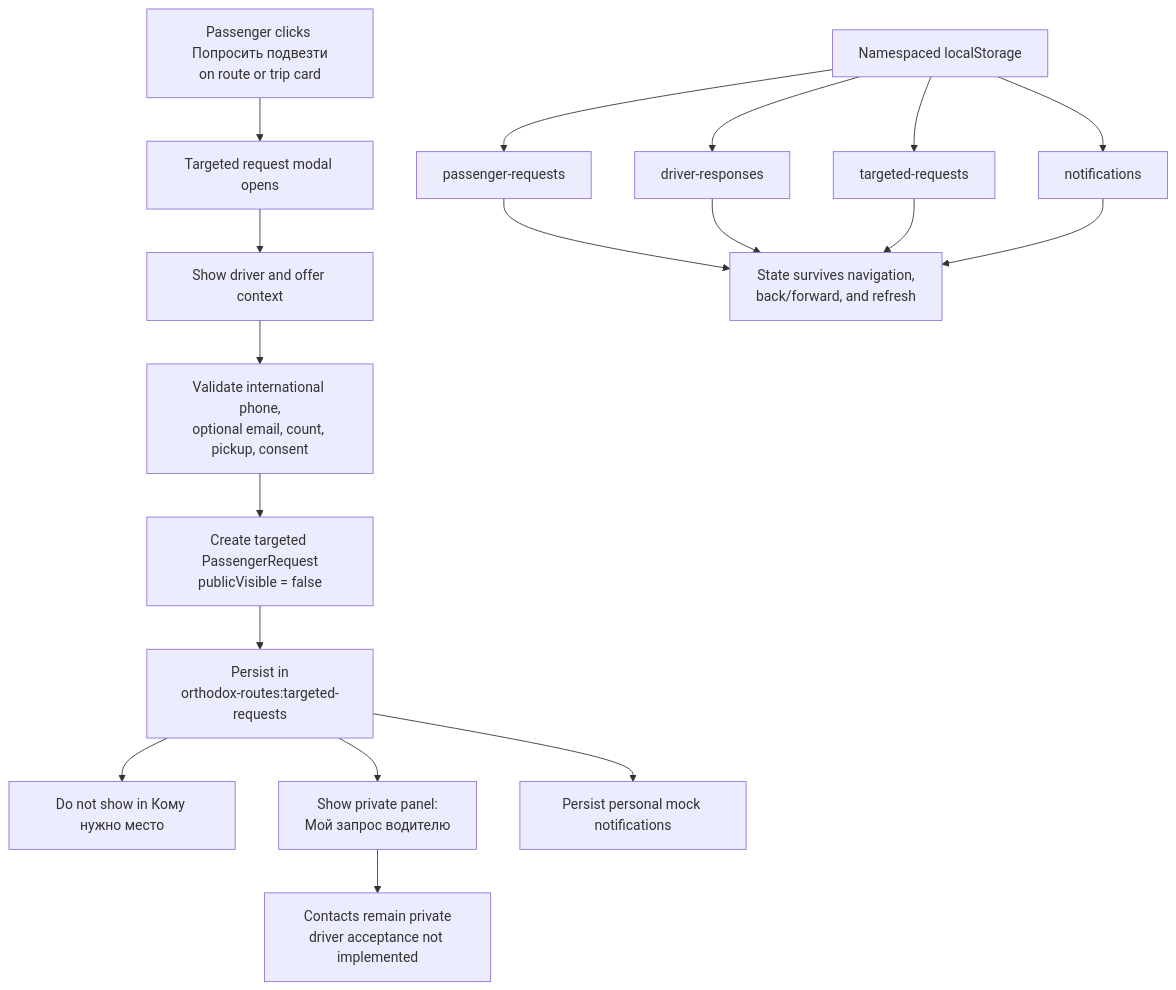
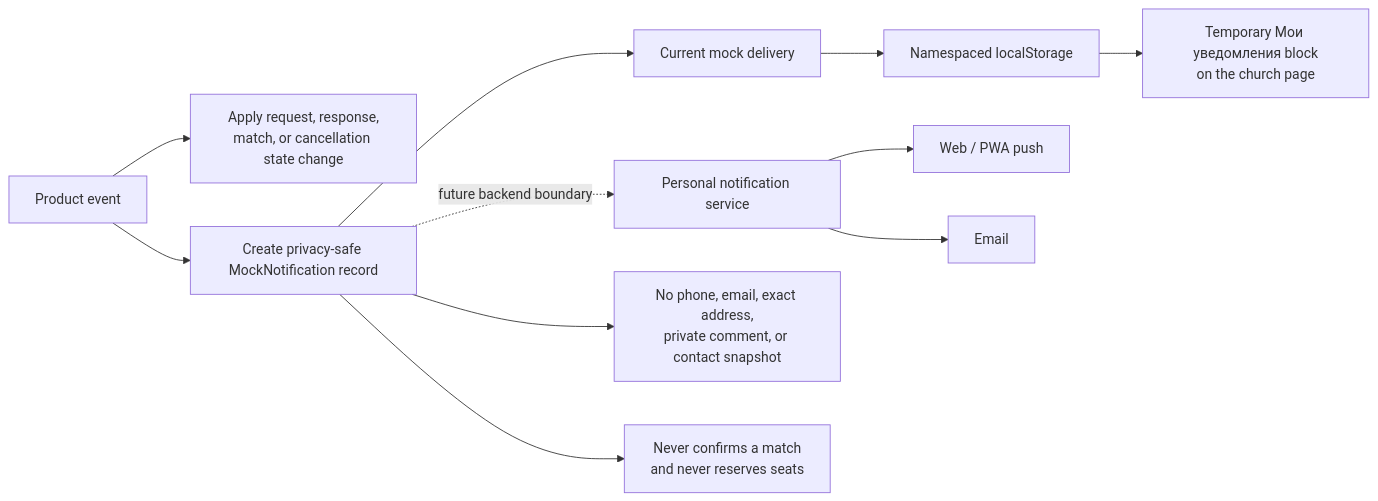
One commit to Agafanail/orthodox-routes changed diagram 17 of 18 in docs/PROJECT_MAP.md. Above: the diagram before and after it, drawn with Mermaid. The commit also changed other lines of this file and 37 other files, not shown here.

Commit message:
Complete RideMatch confirmation flows

````diff
--- a/docs/PROJECT_MAP.md
+++ b/docs/PROJECT_MAP.md
@@ -574,21 +373,16 @@
 ```mermaid
-flowchart TD
-    A["Passenger clicks Попросить подвезти<br/>on route or trip card"] --> B["Targeted request modal opens"]
-    B --> C["Show driver and offer context"]
-    C --> D["Validate international phone,<br/>optional email, count, pickup, consent"]
-    D --> E["Create targeted PassengerRequest<br/>publicVisible = false"]
-    E --> F["Persist in<br/>orthodox-routes:targeted-requests"]
-    F --> G["Do not show in Кому нужно место"]
-    F --> H["Show private panel:<br/>Мой запрос водителю"]
-    F --> I["Persist personal mock notifications"]
-    H --> J["Contacts remain private<br/>driver acceptance not implemented"]
+flowchart LR
+    E["Product event"] --> STATE["Apply request, response,<br/>match, or cancellation state change"]
+    E --> RECORD["Create privacy-safe MockNotification record"]
 
-    LS["Namespaced localStorage"] --> L1["passenger-requests"]
-    LS --> L2["driver-responses"]
-    LS --> L3["targeted-requests"]
-    LS --> L4["notifications"]
-    L1 --> R["State survives navigation,<br/>back/forward, and refresh"]
-    L2 --> R
-    L3 --> R
-    L4 --> R
+    RECORD --> CURRENT["Current mock delivery"]
+    CURRENT --> LS["Namespaced localStorage"]
+    LS --> UI["Temporary Мои уведомления block<br/>on the church page"]
+
+    RECORD -. "future backend boundary" .-> PROD["Personal notification service"]
+    PROD --> PUSH["Web / PWA push"]
+    PROD --> EMAIL["Email"]
+
+    RECORD --> SAFE["No phone, email, exact address,<br/>private comment, or contact snapshot"]
+    RECORD --> EFFECT["Never confirms a match<br/>and never reserves seats"]
 ```
````
